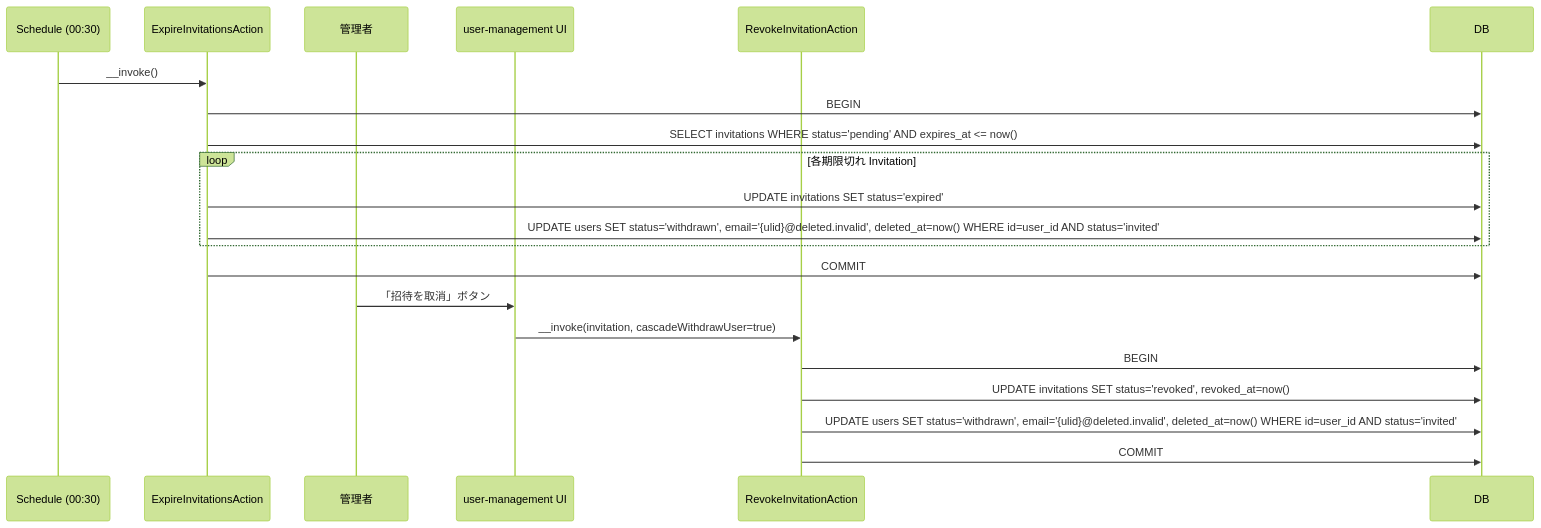
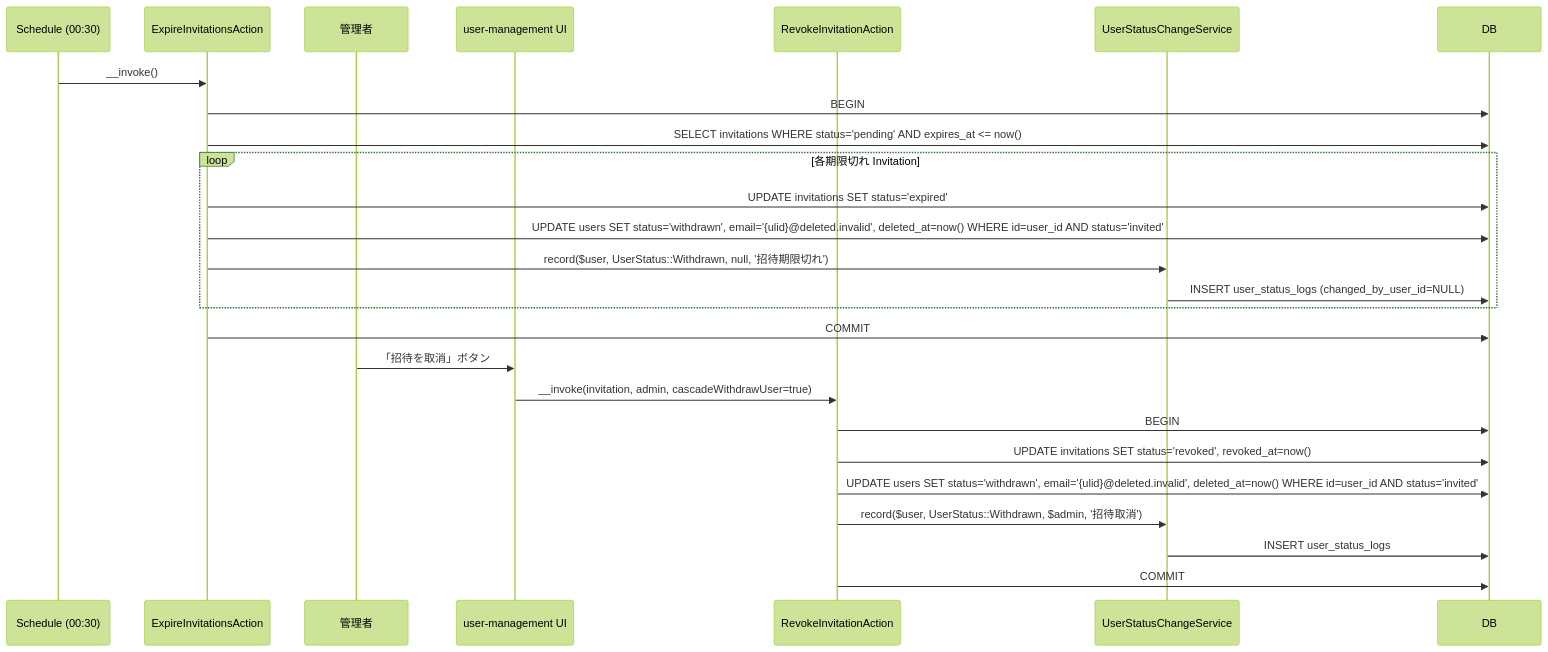
Before and after one commit to coachtech-mockcase-second/ExampleAnswer-mockcase-CertifyLMS: the second of 6 diagrams in docs/specs/auth/design.md, drawn with Mermaid (forest theme). The commit also changed other lines of this file and 6 other files, not shown here.

````diff
--- a/docs/specs/auth/design.md
+++ b/docs/specs/auth/design.md
@@ -66,25 +71,30 @@
 ```mermaid
 sequenceDiagram
     participant Cron as Schedule (00:30)
     participant EA as ExpireInvitationsAction
     participant Admin as 管理者
     participant UM as user-management UI
     participant RA as RevokeInvitationAction
+    participant Svc as UserStatusChangeService
     participant DB as DB
 
     Cron->>EA: __invoke()
     EA->>DB: BEGIN
     EA->>DB: SELECT invitations WHERE status='pending' AND expires_at <= now()
     loop 各期限切れ Invitation
         EA->>DB: UPDATE invitations SET status='expired'
         EA->>DB: UPDATE users SET status='withdrawn', email='{ulid}@deleted.invalid', deleted_at=now() WHERE id=user_id AND status='invited'
+        EA->>Svc: record($user, UserStatus::Withdrawn, null, '招待期限切れ')
+        Svc->>DB: INSERT user_status_logs (changed_by_user_id=NULL)
     end
     EA->>DB: COMMIT
 
     Admin->>UM: 「招待を取消」ボタン
-    UM->>RA: __invoke(invitation, cascadeWithdrawUser=true)
+    UM->>RA: __invoke(invitation, admin, cascadeWithdrawUser=true)
     RA->>DB: BEGIN
     RA->>DB: UPDATE invitations SET status='revoked', revoked_at=now()
     RA->>DB: UPDATE users SET status='withdrawn', email='{ulid}@deleted.invalid', deleted_at=now() WHERE id=user_id AND status='invited'
+    RA->>Svc: record($user, UserStatus::Withdrawn, $admin, '招待取消')
+    Svc->>DB: INSERT user_status_logs
     RA->>DB: COMMIT
 ```
````
